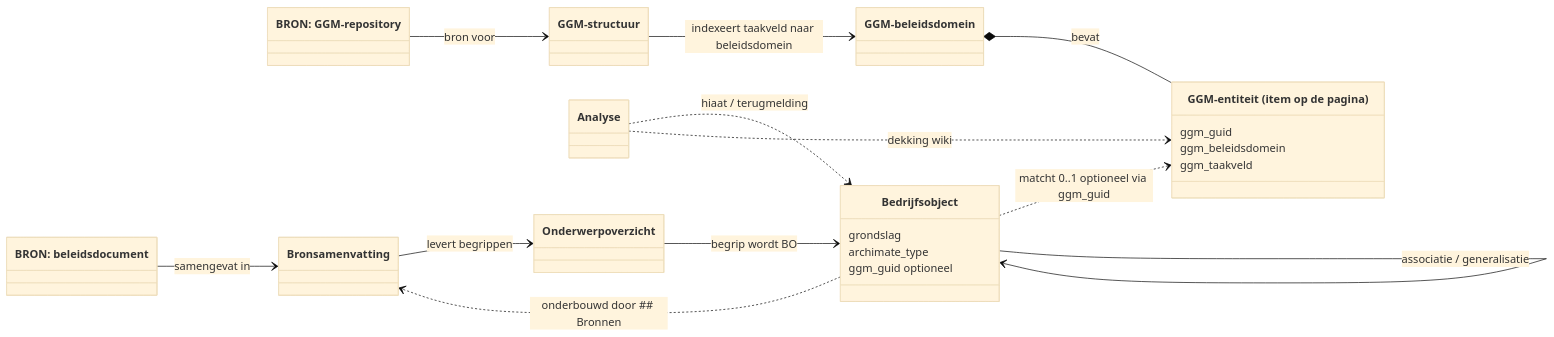
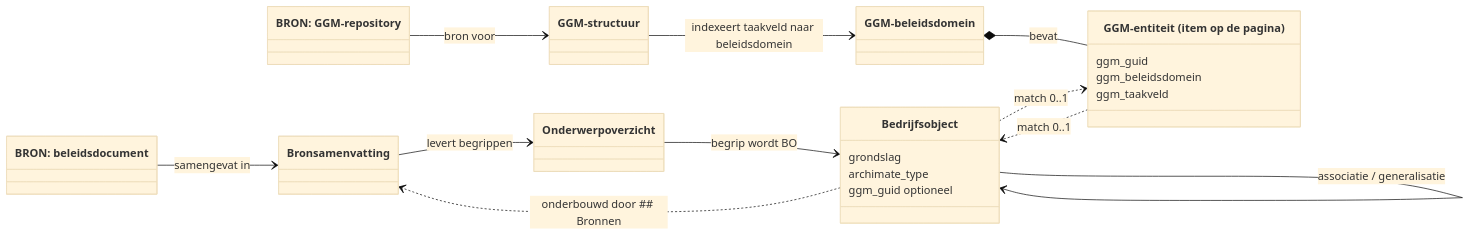
The diagram in Bedrijfsarchitectuur/informatiemodel.md (VNG-Realisatie/GEMMA-GGM-bedrijfsobjectenwiki), drawn with Mermaid (base theme) before and after one commit. The commit also changed other lines of this file and 7 other files, not shown here.

````diff
--- a/Bedrijfsarchitectuur/informatiemodel.md
+++ b/Bedrijfsarchitectuur/informatiemodel.md
@@ -27,35 +27,33 @@
 ```mermaid
 classDiagram
     direction LR
 
     class SourceOnderwerp["BRON: beleidsdocument"]
     class GGMrepo["BRON: GGM-repository"]
     class Bronsamenvatting["Bronsamenvatting"]
     class Onderwerpoverzicht["Onderwerpoverzicht"]
     class Bedrijfsobject["Bedrijfsobject"]
-    class Analyse["Analyse"]
     class GGMstructuur["GGM-structuur "]
     class GGMbeleidsdomein["GGM-beleidsdomein"]
     class GGM-entiteit["GGM-entiteit (item op de pagina)"]
 
     Bedrijfsobject : grondslag
     Bedrijfsobject : archimate_type
     Bedrijfsobject : ggm_guid optioneel
     GGM-entiteit : ggm_guid
     GGM-entiteit : ggm_beleidsdomein
     GGM-entiteit : ggm_taakveld
 
     SourceOnderwerp --> Bronsamenvatting : samengevat in
     Bronsamenvatting --> Onderwerpoverzicht : levert begrippen
     Onderwerpoverzicht --> Bedrijfsobject : begrip wordt BO
     Bedrijfsobject ..> Bronsamenvatting : onderbouwd door ## Bronnen
 
     GGMrepo --> GGMstructuur : bron voor
     GGMstructuur --> GGMbeleidsdomein : indexeert taakveld naar beleidsdomein
     GGMbeleidsdomein *-- GGM-entiteit : bevat
 
-    Bedrijfsobject ..> GGM-entiteit : matcht 0..1 optioneel via ggm_guid
+    Bedrijfsobject ..> GGM-entiteit : match 0..1
+    GGM-entiteit ..> Bedrijfsobject : match 0..1
     Bedrijfsobject --> Bedrijfsobject : associatie / generalisatie
-    Analyse ..> Bedrijfsobject : hiaat / terugmelding
-    Analyse ..> GGM-entiteit : dekking wiki
 ```
````
